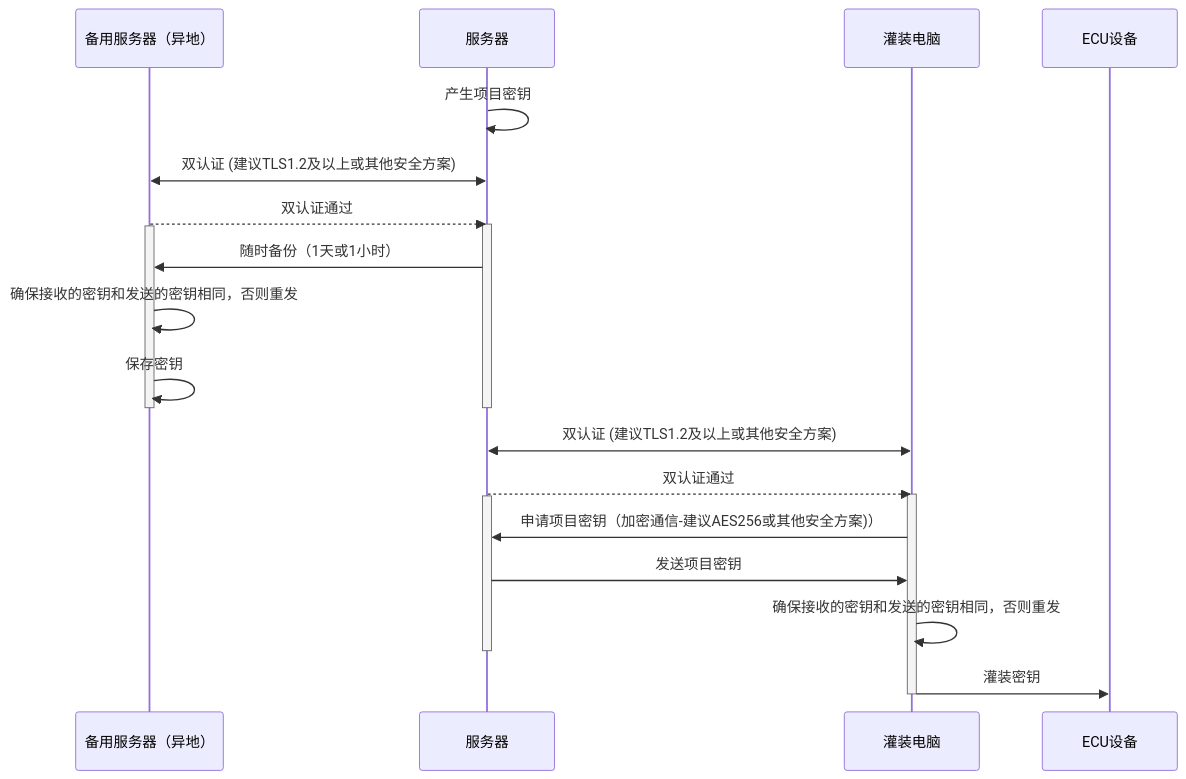
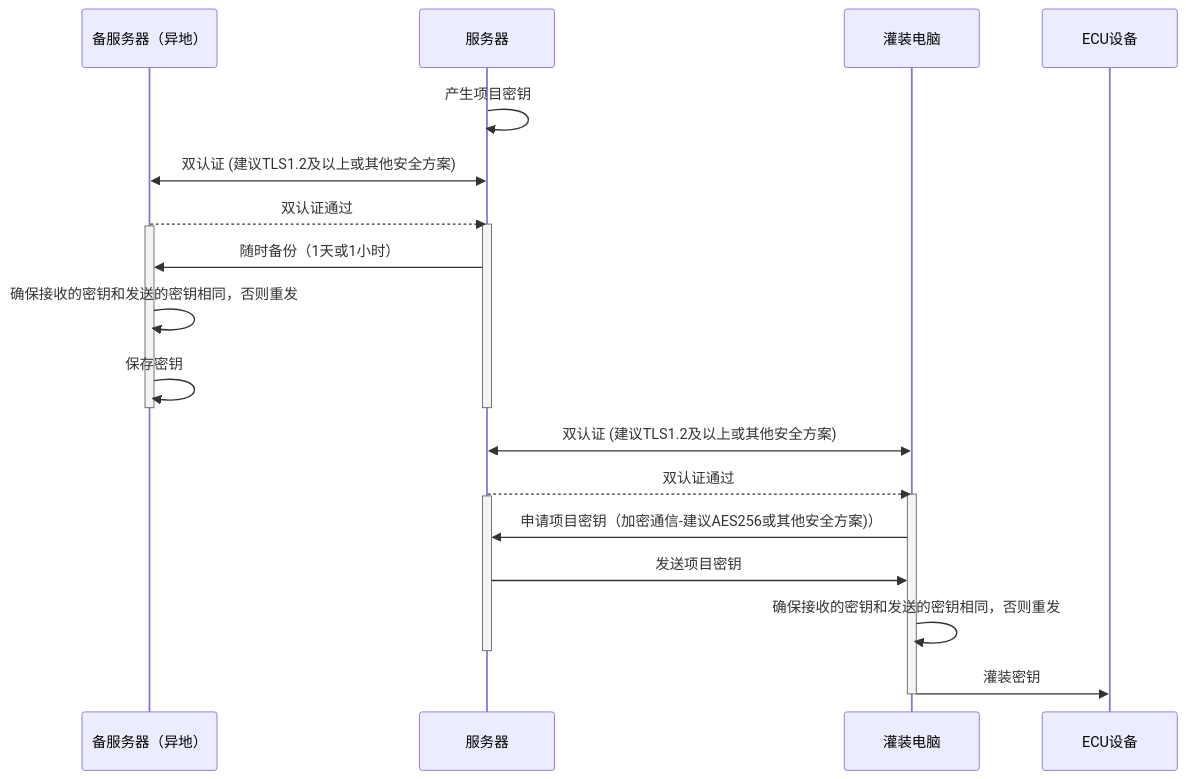
The diagram in all/未命名-15.md (facebook-cloud/iodraw-files), drawn with Mermaid before and after one commit.

Commit message:
2026-02-03 16:29:36 update

````diff
--- a/all/未命名-15.md
+++ b/all/未命名-15.md
@@ -1,32 +1,32 @@
 ```mermaid
 sequenceDiagram
-    participant B as 备用服务器（异地）
+    participant B as 备服务器（异地）
     participant A as 服务器
     participant C as 灌装电脑
     participant D as ECU设备
 
     A->>A: 产生项目密钥
     A<<->>B: 双认证 (建议TLS1.2及以上或其他安全方案)
     B-->>A: 双认证通过
     activate A
     activate B
     A->>B: 随时备份（1天或1小时）
 
     B->>B: 确保接收的密钥和发送的密钥相同，否则重发
     B->>B: 保存密钥
     deactivate B
     deactivate A
 
     C<<->>A: 双认证 (建议TLS1.2及以上或其他安全方案)
     A-->>C: 双认证通过
     activate C
     activate A
     C->>A: 申请项目密钥（加密通信-建议AES256或其他安全方案)）
     A->>C: 发送项目密钥
 
     C->>C: 确保接收的密钥和发送的密钥相同，否则重发
     deactivate A
     C->>D: 灌装密钥
     deactivate C
 
 ```
````
